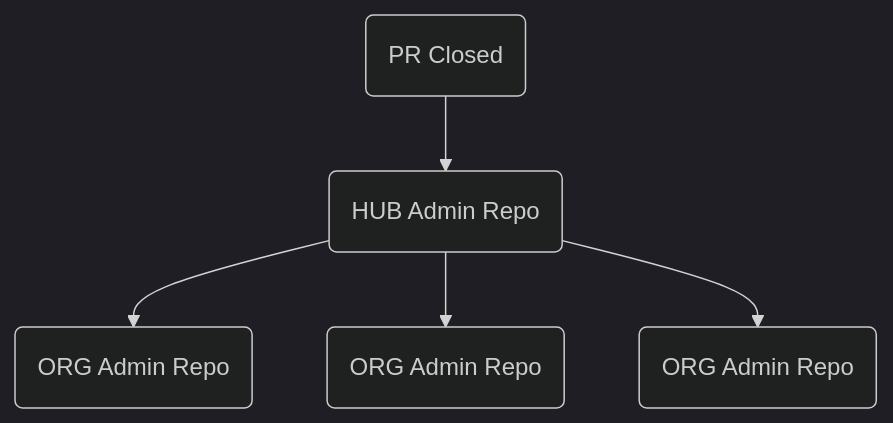
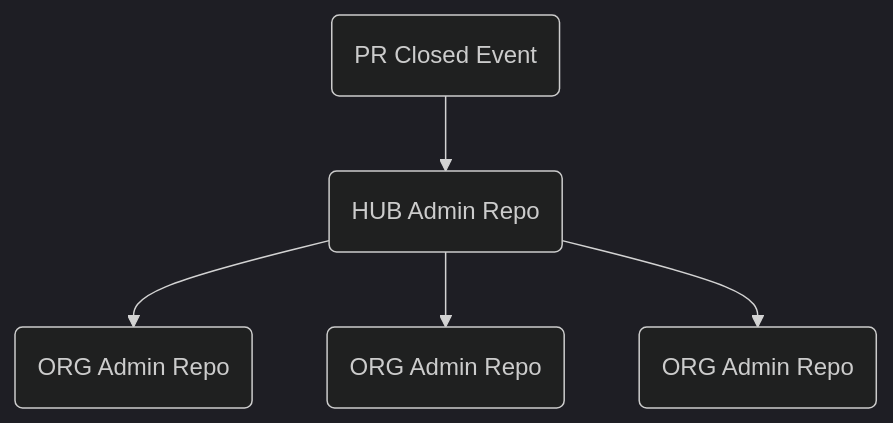
One commit to product-os/balena-safe-settings changed the diagram in docs/hubSyncHandler/README.md. Above: the diagram before and after it, drawn with Mermaid (dark theme). The commit also changed other lines of this file, not shown here.

````diff
--- a/docs/hubSyncHandler/README.md
+++ b/docs/hubSyncHandler/README.md
@@ -15,7 +15,7 @@
 ```mermaid
 graph TD
-A0(PR Closed) --> A1(HUB Admin Repo)
+A0(PR Closed Event) --> A1(HUB Admin Repo)
 A1(ORG Admin Repo) --> B(ORG Admin Repo)
 A1(HUB Admin Repo) --> C(ORG Admin Repo)
 A1(HUB Admin Repo) --> D(ORG Admin Repo)
 ```
````
